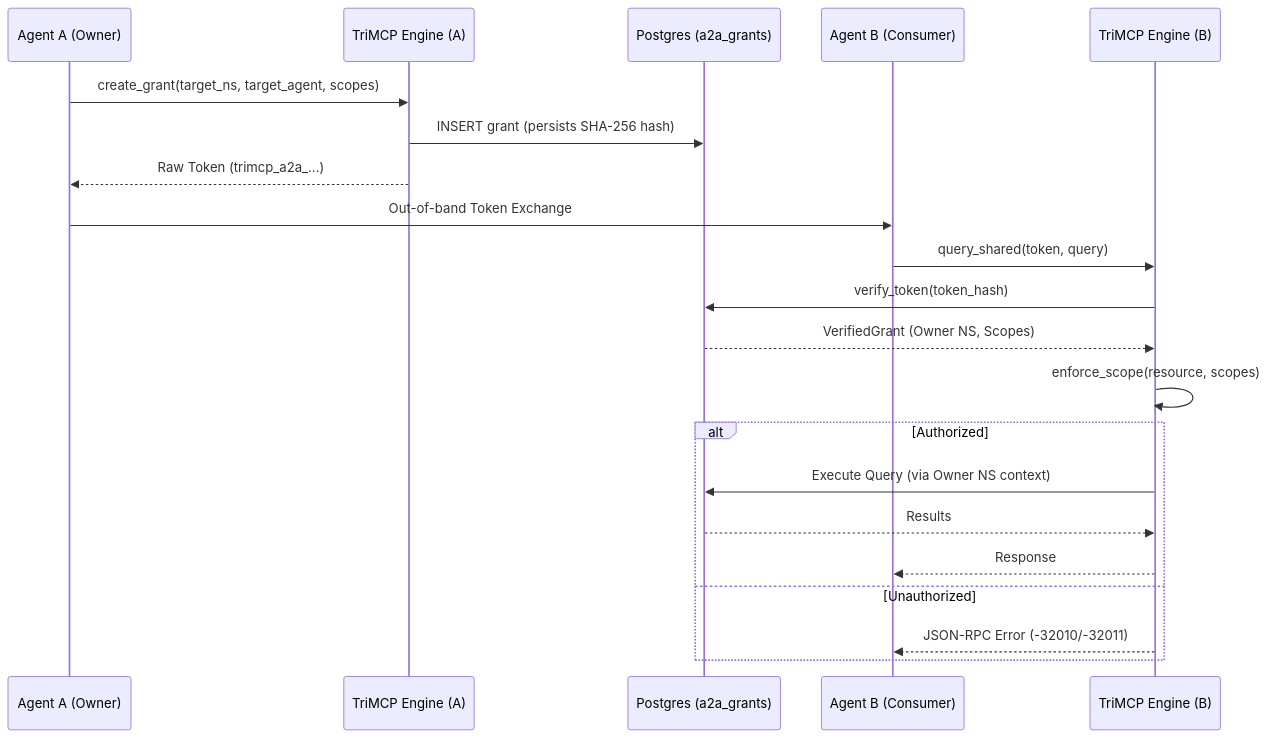
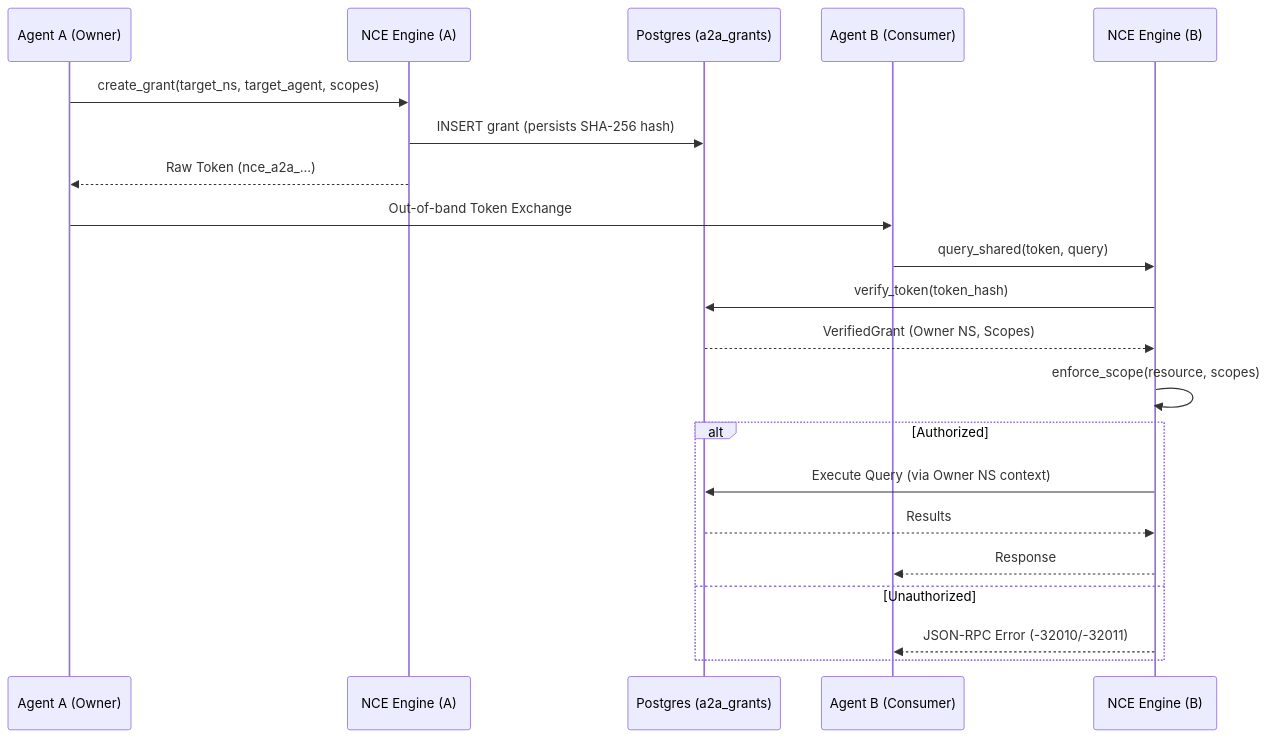
Before and after one commit to sindrehaugen/TriMCP: the diagram in docs/a2a.md, drawn with Mermaid. The commit also changed other lines of this file and 498 other files, not shown here.

First line of the commit message:
Rebrand TriMCP → NCE (Neuro-Cognitive Engine) Phase 1

````diff
--- a/docs/a2a.md
+++ b/docs/a2a.md
@@ -11,27 +11,27 @@
 ```mermaid
 sequenceDiagram
     participant AgentA as Agent A (Owner)
-    participant EngineA as TriMCP Engine (A)
+    participant EngineA as NCE Engine (A)
     participant DB as Postgres (a2a_grants)
     participant AgentB as Agent B (Consumer)
-    participant EngineB as TriMCP Engine (B)
+    participant EngineB as NCE Engine (B)
 
     AgentA->>EngineA: create_grant(target_ns, target_agent, scopes)
     EngineA->>DB: INSERT grant (persists SHA-256 hash)
-    EngineA-->>AgentA: Raw Token (trimcp_a2a_...)
+    EngineA-->>AgentA: Raw Token (nce_a2a_...)
     AgentA->>AgentB: Out-of-band Token Exchange
     
     AgentB->>EngineB: query_shared(token, query)
     EngineB->>DB: verify_token(token_hash)
     DB-->>EngineB: VerifiedGrant (Owner NS, Scopes)
     
     EngineB->>EngineB: enforce_scope(resource, scopes)
     
     alt Authorized
         EngineB->>DB: Execute Query (via Owner NS context)
         DB-->>EngineB: Results
         EngineB-->>AgentB: Response
     else Unauthorized
         EngineB-->>AgentB: JSON-RPC Error (-32010/-32011)
     end
 ```
````
